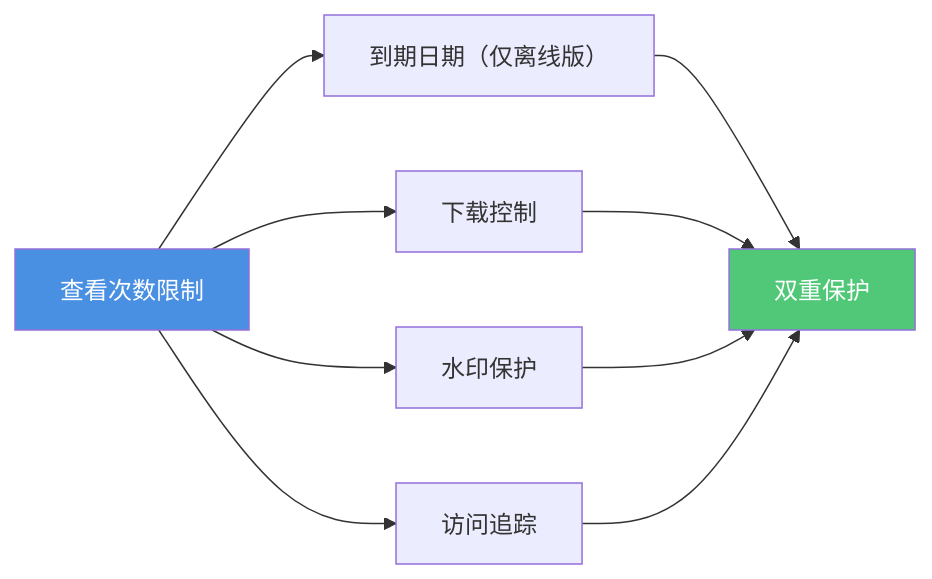
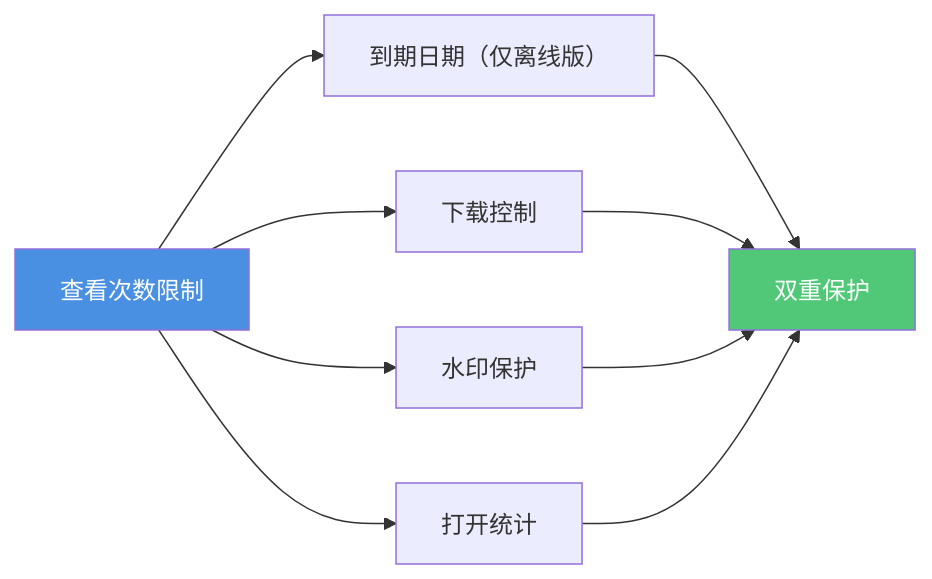
One commit to mythenigma/cloudflareAstro changed the fourth of 5 diagrams in src/content/blog/cn/pdf-set-view-count-limit-guide.md. Above: the diagram before and after it, drawn with Mermaid. The commit also changed other lines of this file and 353 other files, not shown here.

````diff
--- a/src/content/blog/cn/pdf-set-view-count-limit-guide.md
+++ b/src/content/blog/cn/pdf-set-view-count-limit-guide.md
@@ -225,15 +225,15 @@
 ```mermaid
 graph LR
     A[查看次数限制] --> B[到期日期（仅离线版）]
     A --> C[下载控制]
     A --> D[水印保护]
-    A --> E[访问追踪]
+    A --> E[打开统计]
     
     B --> F[双重保护]
     C --> F
     D --> F
     E --> F
     
     style A fill:#4A90E2,color:#fff
     style F fill:#50C878,color:#fff
 ```
````
